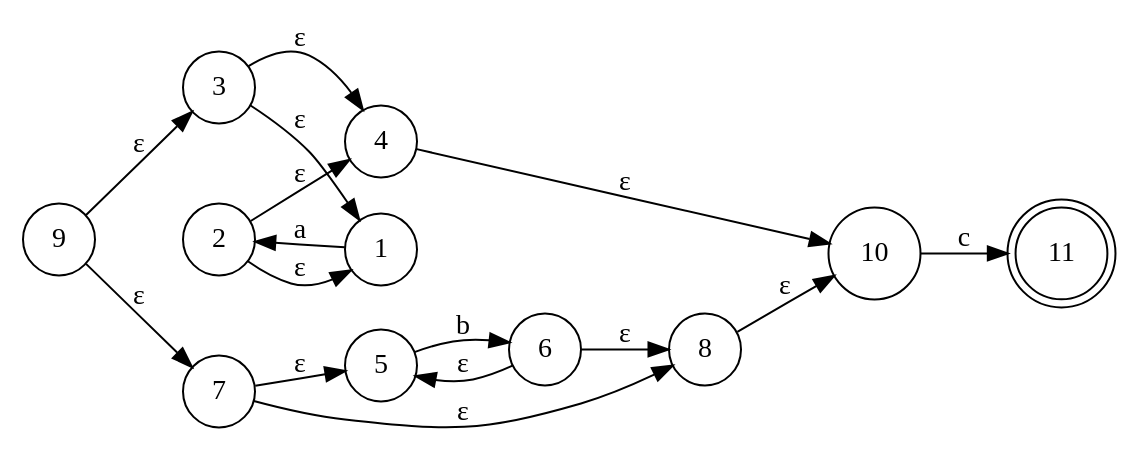
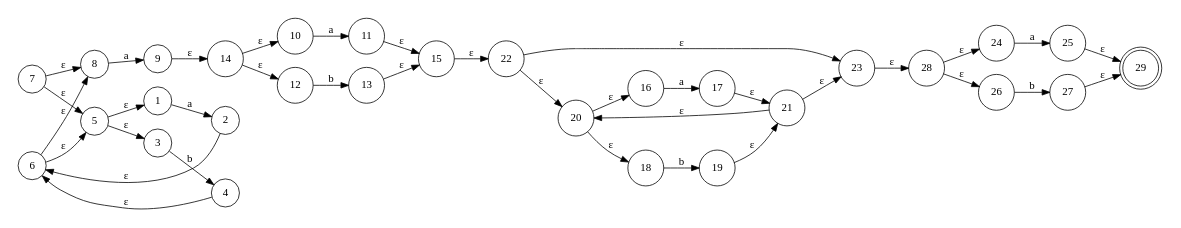
The diagram in fsm.gv (gusta257/Compis1), drawn with Graphviz before and after one commit. The commit also changed 10 other files, not shown here.

```diff
--- a/fsm.gv
+++ b/fsm.gv
@@ -1,31 +1,70 @@
 digraph finite_state_machine {
 	rankdir=LR size="8,5"
 	node [shape=doublecircle]
-	11
+	29
 	node [shape=circle]
 	1 -> 2 [label=a]
 	node [shape=circle]
-	2 -> 4 [label="ε"]
-	2 -> 1 [label="ε"]
+	2 -> 6 [label="ε"]
 	node [shape=circle]
-	3 -> 1 [label="ε"]
-	3 -> 4 [label="ε"]
+	3 -> 4 [label=b]
 	node [shape=circle]
-	4 -> 10 [label="ε"]
+	4 -> 6 [label="ε"]
 	node [shape=circle]
-	5 -> 6 [label=b]
+	5 -> 1 [label="ε"]
+	5 -> 3 [label="ε"]
 	node [shape=circle]
 	6 -> 8 [label="ε"]
 	6 -> 5 [label="ε"]
 	node [shape=circle]
 	7 -> 5 [label="ε"]
 	7 -> 8 [label="ε"]
 	node [shape=circle]
-	8 -> 10 [label="ε"]
+	8 -> 9 [label=a]
 	node [shape=circle]
-	9 -> 3 [label="ε"]
-	9 -> 7 [label="ε"]
+	9 -> 14 [label="ε"]
 	node [shape=circle]
-	10 -> 11 [label=c]
+	10 -> 11 [label=a]
+	node [shape=circle]
+	11 -> 15 [label="ε"]
+	node [shape=circle]
+	12 -> 13 [label=b]
+	node [shape=circle]
+	13 -> 15 [label="ε"]
+	node [shape=circle]
+	14 -> 10 [label="ε"]
+	14 -> 12 [label="ε"]
+	node [shape=circle]
+	15 -> 22 [label="ε"]
+	node [shape=circle]
+	16 -> 17 [label=a]
+	node [shape=circle]
+	17 -> 21 [label="ε"]
+	node [shape=circle]
+	18 -> 19 [label=b]
+	node [shape=circle]
+	19 -> 21 [label="ε"]
+	node [shape=circle]
+	20 -> 16 [label="ε"]
+	20 -> 18 [label="ε"]
+	node [shape=circle]
+	21 -> 23 [label="ε"]
+	21 -> 20 [label="ε"]
+	node [shape=circle]
+	22 -> 20 [label="ε"]
+	22 -> 23 [label="ε"]
+	node [shape=circle]
+	23 -> 28 [label="ε"]
+	node [shape=circle]
+	24 -> 25 [label=a]
+	node [shape=circle]
+	25 -> 29 [label="ε"]
+	node [shape=circle]
+	26 -> 27 [label=b]
+	node [shape=circle]
+	27 -> 29 [label="ε"]
+	node [shape=circle]
+	28 -> 24 [label="ε"]
+	28 -> 26 [label="ε"]
 	node [shape=circle]
 }
```
